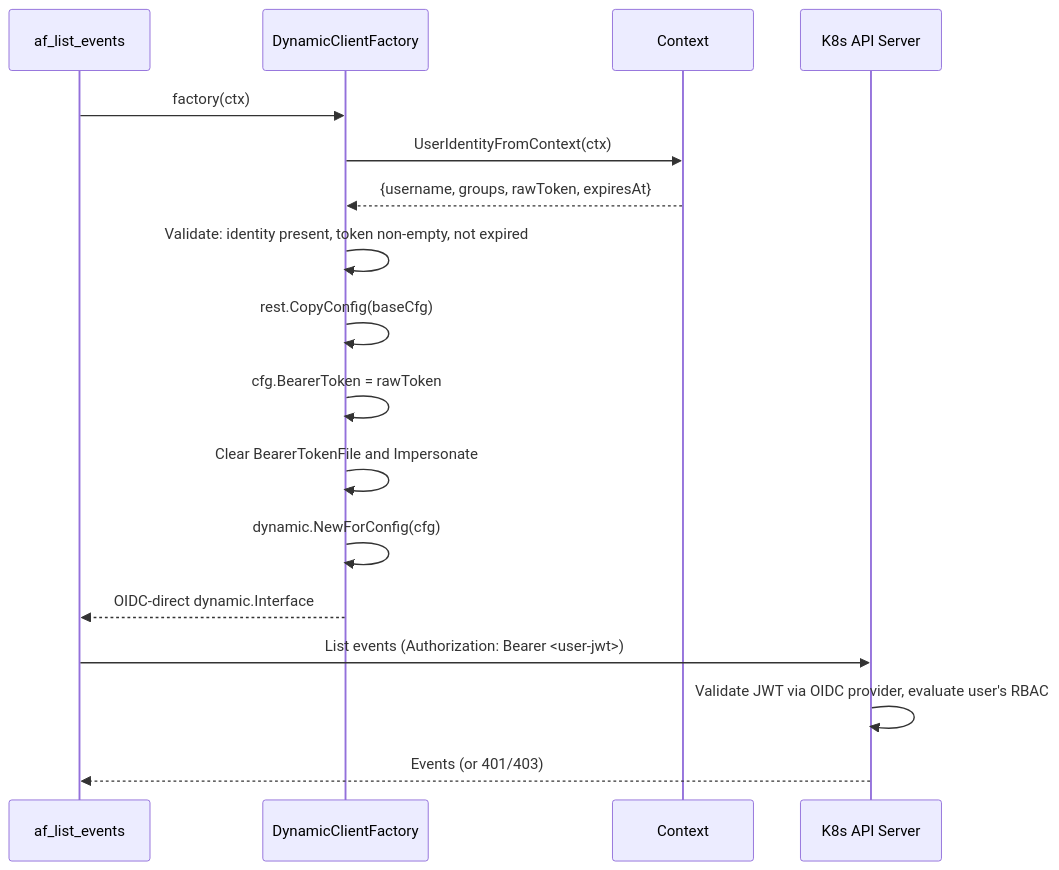
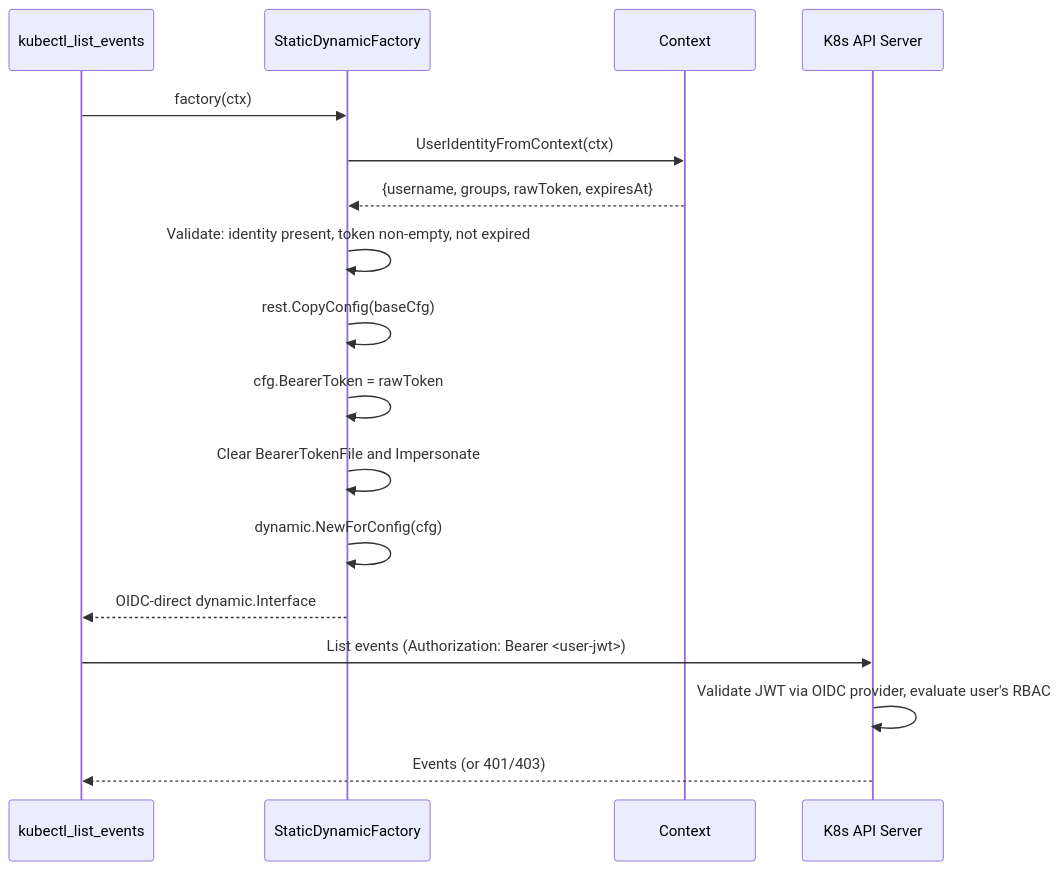
One commit to jordigilh/kubernaut changed the third of 3 diagrams in docs/services/apifrontend/security/AUTHENTICATION_AND_RBAC.md. Above: the diagram before and after it, drawn with Mermaid. The commit also changed other lines of this file and 9 other files, not shown here.

````diff
--- a/docs/services/apifrontend/security/AUTHENTICATION_AND_RBAC.md
+++ b/docs/services/apifrontend/security/AUTHENTICATION_AND_RBAC.md
@@ -214,20 +214,20 @@
 ```mermaid
 sequenceDiagram
-    participant Tool as af_list_events
-    participant Factory as DynamicClientFactory
+    participant Tool as kubectl_list_events
+    participant Factory as StaticDynamicFactory
     participant CTX as Context
     participant K8s as K8s API Server
 
     Tool->>Factory: factory(ctx)
     Factory->>CTX: UserIdentityFromContext(ctx)
     CTX-->>Factory: {username, groups, rawToken, expiresAt}
     Factory->>Factory: Validate: identity present, token non-empty, not expired
     Factory->>Factory: rest.CopyConfig(baseCfg)
     Factory->>Factory: cfg.BearerToken = rawToken
     Factory->>Factory: Clear BearerTokenFile and Impersonate
     Factory->>Factory: dynamic.NewForConfig(cfg)
     Factory-->>Tool: OIDC-direct dynamic.Interface
     Tool->>K8s: List events (Authorization: Bearer <user-jwt>)
     K8s->>K8s: Validate JWT via OIDC provider, evaluate user's RBAC
     K8s-->>Tool: Events (or 401/403)
 ```
````
